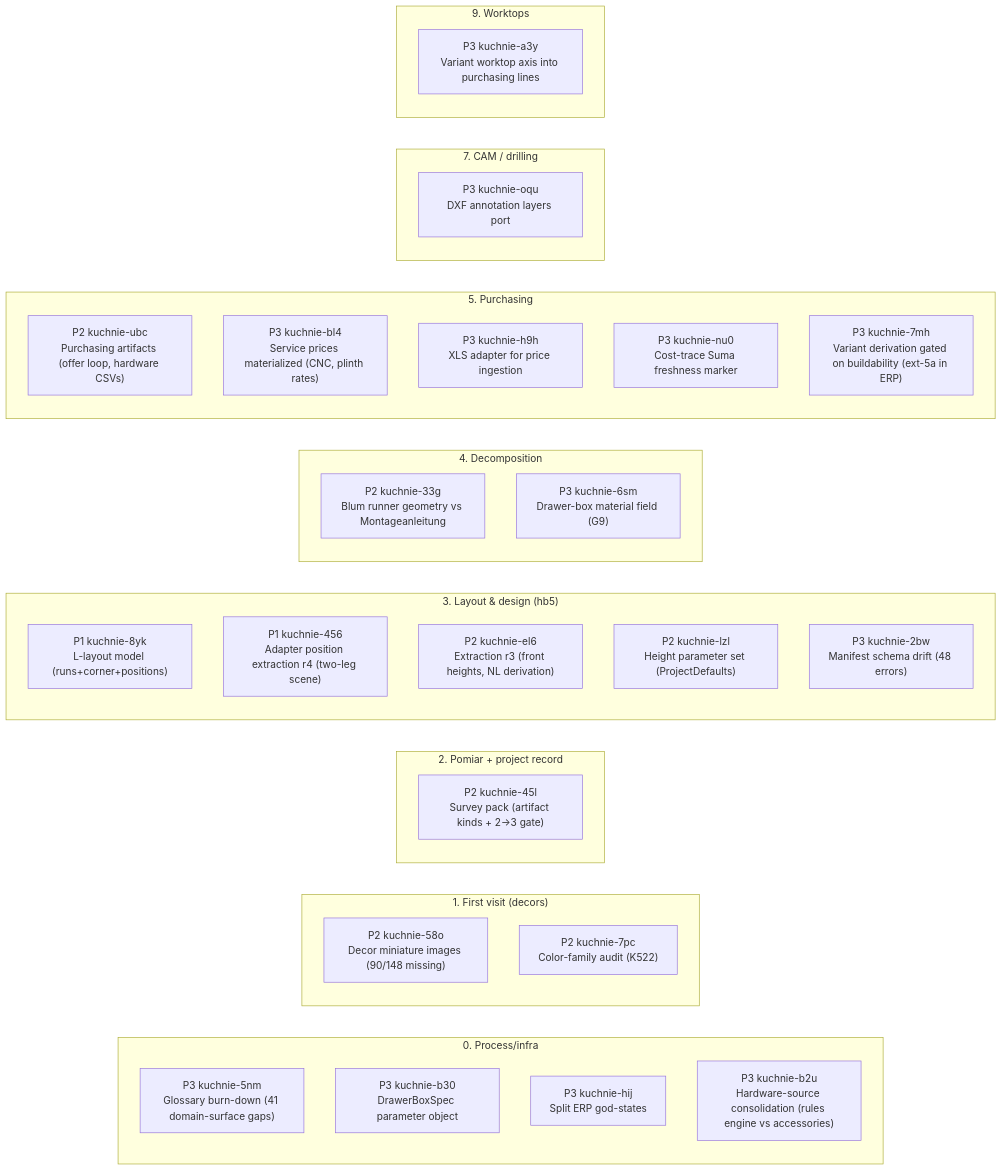
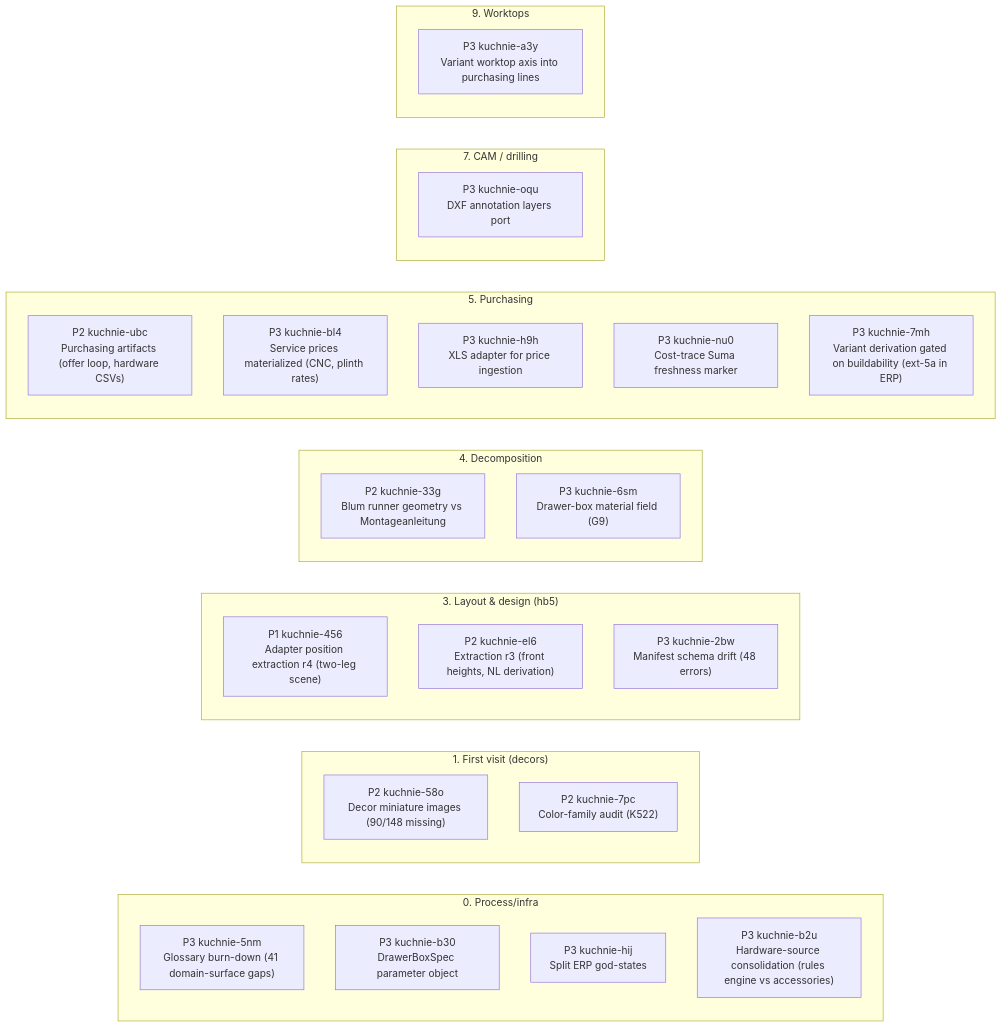
The first of 2 diagrams in STATUS.md (m1981/kuchnie), drawn with Mermaid before and after one commit. The commit also changed other lines of this file and 1 other file, not shown here.

First line of the commit message:
status: night-shift dashboard regen -- stage-1: height-parameter-set + gate-widening + l-layout keystone landed

````diff
--- a/STATUS.md
+++ b/STATUS.md
@@ -133,40 +129,35 @@
 ```mermaid
 flowchart LR
     subgraph s0 ["0. Process/infra"]
         kuchnie_5nm["P3 kuchnie-5nm<br/>Glossary burn-down (41 domain-surface gaps)"]
         kuchnie_b30["P3 kuchnie-b30<br/>DrawerBoxSpec parameter object"]
         kuchnie_hij["P3 kuchnie-hij<br/>Split ERP god-states"]
         kuchnie_b2u["P3 kuchnie-b2u<br/>Hardware-source consolidation (rules engine vs accessories)"]
     end
     subgraph s1 ["1. First visit (decors)"]
         kuchnie_58o["P2 kuchnie-58o<br/>Decor miniature images (90/148 missing)"]
         kuchnie_7pc["P2 kuchnie-7pc<br/>Color-family audit (K522)"]
     end
-    subgraph s2 ["2. Pomiar + project record"]
-        kuchnie_45l["P2 kuchnie-45l<br/>Survey pack (artifact kinds + 2->3 gate)"]
-    end
     subgraph s3 ["3. Layout & design (hb5)"]
-        kuchnie_8yk["P1 kuchnie-8yk<br/>L-layout model (runs+corner+positions)"]
         kuchnie_456["P1 kuchnie-456<br/>Adapter position extraction r4 (two-leg scene)"]
         kuchnie_el6["P2 kuchnie-el6<br/>Extraction r3 (front heights, NL derivation)"]
-        kuchnie_lzl["P2 kuchnie-lzl<br/>Height parameter set (ProjectDefaults)"]
         kuchnie_2bw["P3 kuchnie-2bw<br/>Manifest schema drift (48 errors)"]
     end
     subgraph s4 ["4. Decomposition"]
         kuchnie_33g["P2 kuchnie-33g<br/>Blum runner geometry vs Montageanleitung"]
         kuchnie_6sm["P3 kuchnie-6sm<br/>Drawer-box material field (G9)"]
     end
     subgraph s5 ["5. Purchasing"]
         kuchnie_ubc["P2 kuchnie-ubc<br/>Purchasing artifacts (offer loop, hardware CSVs)"]
         kuchnie_bl4["P3 kuchnie-bl4<br/>Service prices materialized (CNC, plinth rates)"]
         kuchnie_h9h["P3 kuchnie-h9h<br/>XLS adapter for price ingestion"]
         kuchnie_nu0["P3 kuchnie-nu0<br/>Cost-trace Suma freshness marker"]
         kuchnie_7mh["P3 kuchnie-7mh<br/>Variant derivation gated on buildability (ext-5a in ERP)"]
     end
     subgraph s7 ["7. CAM / drilling"]
         kuchnie_oqu["P3 kuchnie-oqu<br/>DXF annotation layers port"]
     end
     subgraph s9 ["9. Worktops"]
         kuchnie_a3y["P3 kuchnie-a3y<br/>Variant worktop axis into purchasing lines"]
     end
 ```
````
